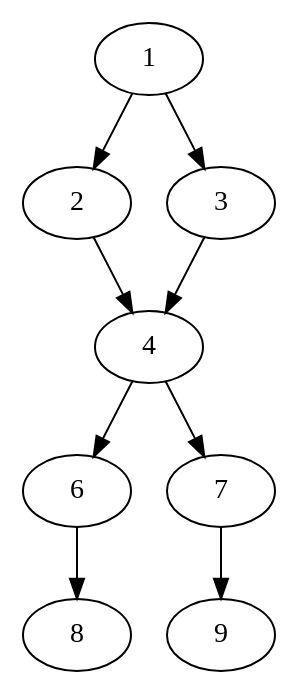
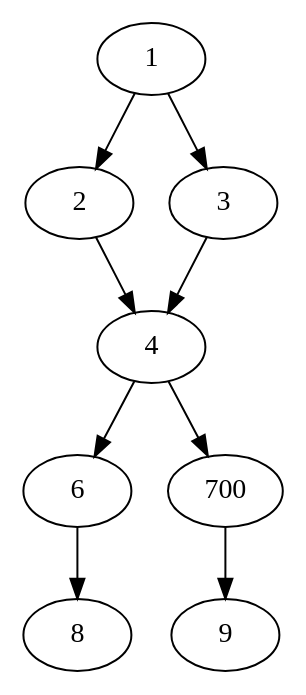
The diagram in Core/examples/data/sorted-dag.dot (liflab/mister-sparql), drawn with Graphviz before and after one commit. The commit also changed 2 other files, not shown here.

```diff
--- a/Core/examples/data/sorted-dag.dot
+++ b/Core/examples/data/sorted-dag.dot
@@ -1,18 +1,18 @@
 digraph G {
   1 [label="1"];
   2 [label="2"];
   3 [label="3"];
   4 [label="4"];
   6 [label="6"];
-  7 [label="7"];
+  7 [label="700"];
   8 [label="8"];
   9 [label="9"];
   1 -> 2 [label=""];
   1 -> 3 [label=""];
   2 -> 4 [label=""];
   3 -> 4 [label=""];
   4 -> 6 [label=""];
   4 -> 7 [label=""];
   6 -> 8 [label=""];
   7 -> 9 [label=""];
 }
```
